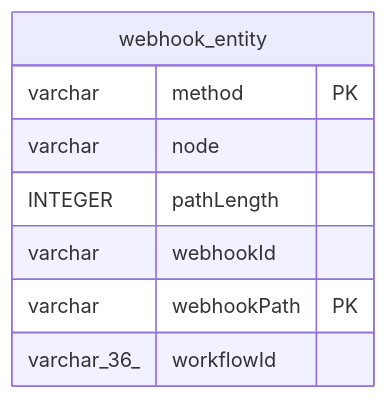
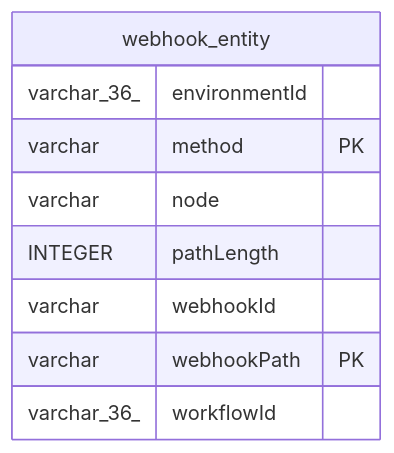
The diagram in docs/generated/sqlite-schema/webhook_entity.md (mayankjain1815-commits/n8n), drawn with Mermaid before and after one commit. The commit also changed other lines of this file and 13 other files, not shown here.

````diff
--- a/docs/generated/sqlite-schema/webhook_entity.md
+++ b/docs/generated/sqlite-schema/webhook_entity.md
@@ -42,13 +43,14 @@
 ```mermaid
 erDiagram
 
 
 "webhook_entity" {
+  varchar_36_ environmentId
   varchar method PK
   varchar node
   INTEGER pathLength
   varchar webhookId
   varchar webhookPath PK
   varchar_36_ workflowId
 }
 ```
````
